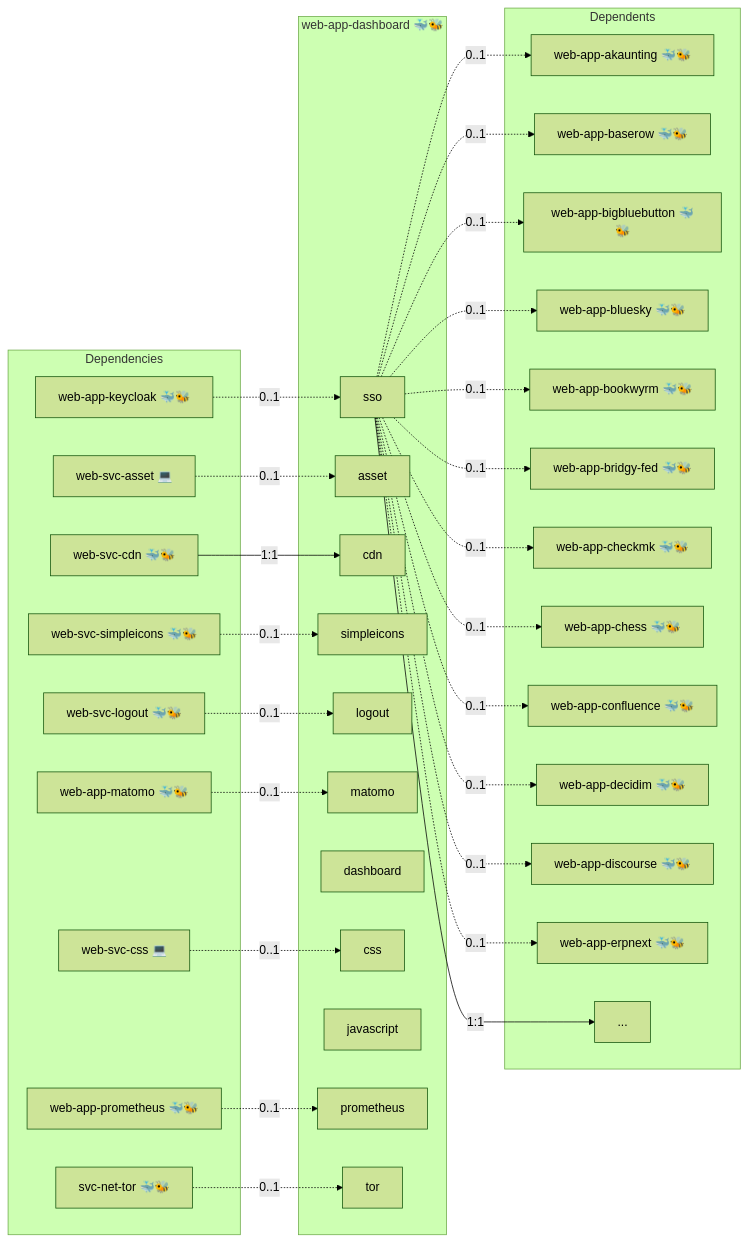
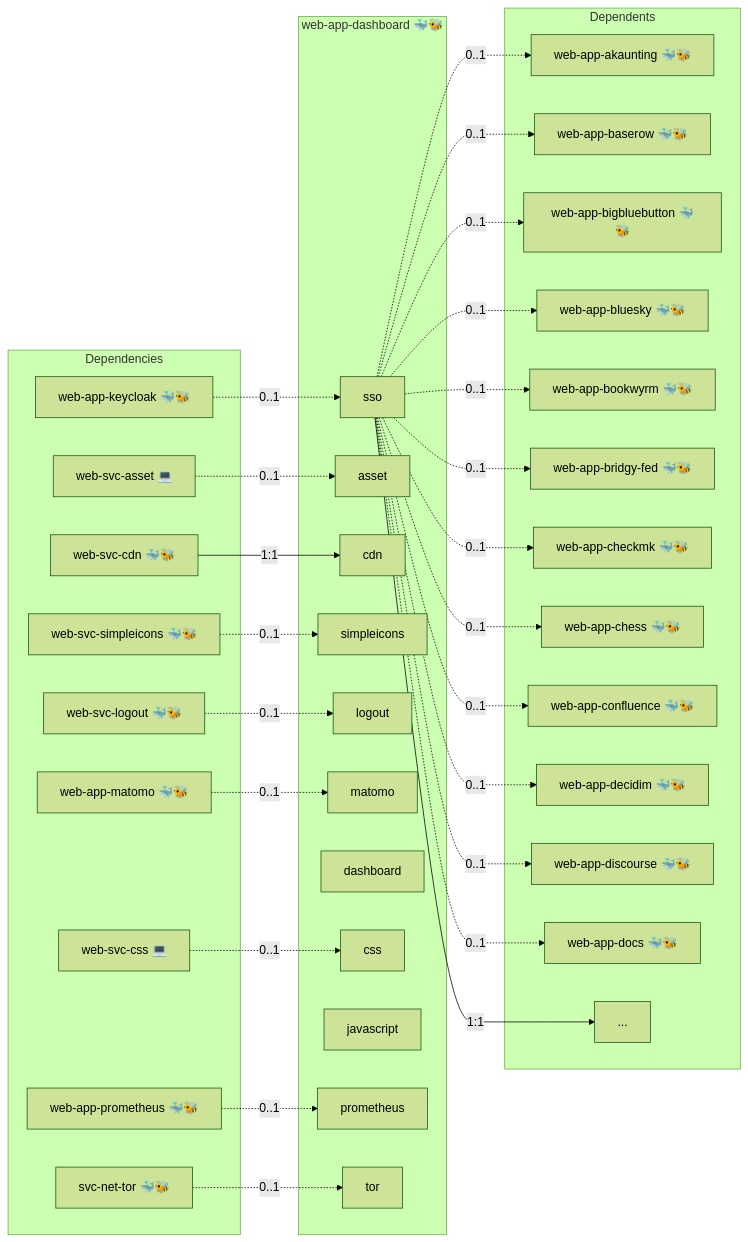
Before and after one commit to infinito-nexus/core: the diagram in roles/web-app-dashboard/README.md, drawn with Mermaid (forest theme). The commit also changed 83 other files, not shown here.

````diff
--- a/roles/web-app-dashboard/README.md
+++ b/roles/web-app-dashboard/README.md
@@ -15,64 +15,64 @@
 ```mermaid
 flowchart LR
     subgraph deps [Dependencies]
         dep_svc_net_tor["svc-net-tor 🐳🐝"]
         dep_web_app_keycloak["web-app-keycloak 🐳🐝"]
         dep_web_app_matomo["web-app-matomo 🐳🐝"]
         dep_web_app_prometheus["web-app-prometheus 🐳🐝"]
         dep_web_svc_asset["web-svc-asset 💻"]
         dep_web_svc_cdn["web-svc-cdn 🐳🐝"]
         dep_web_svc_css["web-svc-css 💻"]
         dep_web_svc_logout["web-svc-logout 🐳🐝"]
         dep_web_svc_simpleicons["web-svc-simpleicons 🐳🐝"]
     end
     subgraph role [web-app-dashboard 🐳🐝]
         svc_sso["sso"]
         svc_asset["asset"]
         svc_cdn["cdn"]
         svc_simpleicons["simpleicons"]
         svc_logout["logout"]
         svc_matomo["matomo"]
         svc_dashboard["dashboard"]
         svc_css["css"]
         svc_javascript["javascript"]
         svc_prometheus["prometheus"]
         svc_tor["tor"]
     end
     subgraph dependents [Dependents]
         dpt_web_app_akaunting["web-app-akaunting 🐳🐝"]
         dpt_web_app_baserow["web-app-baserow 🐳🐝"]
         dpt_web_app_bigbluebutton["web-app-bigbluebutton 🐳🐝"]
         dpt_web_app_bluesky["web-app-bluesky 🐳🐝"]
         dpt_web_app_bookwyrm["web-app-bookwyrm 🐳🐝"]
         dpt_web_app_bridgy_fed["web-app-bridgy-fed 🐳🐝"]
         dpt_web_app_checkmk["web-app-checkmk 🐳🐝"]
         dpt_web_app_chess["web-app-chess 🐳🐝"]
         dpt_web_app_confluence["web-app-confluence 🐳🐝"]
         dpt_web_app_decidim["web-app-decidim 🐳🐝"]
         dpt_web_app_discourse["web-app-discourse 🐳🐝"]
-        dpt_web_app_erpnext["web-app-erpnext 🐳🐝"]
+        dpt_web_app_docs["web-app-docs 🐳🐝"]
         dpt_more["..."]
     end
     dep_svc_net_tor -. "0..1" .-> svc_tor
     dep_web_app_keycloak -. "0..1" .-> svc_sso
     dep_web_app_matomo -. "0..1" .-> svc_matomo
     dep_web_app_prometheus -. "0..1" .-> svc_prometheus
     dep_web_svc_asset -. "0..1" .-> svc_asset
     dep_web_svc_cdn -- "1:1" --> svc_cdn
     dep_web_svc_css -. "0..1" .-> svc_css
     dep_web_svc_logout -. "0..1" .-> svc_logout
     dep_web_svc_simpleicons -. "0..1" .-> svc_simpleicons
     svc_sso -- "1:1" --> dpt_more
     svc_sso -. "0..1" .-> dpt_web_app_akaunting
     svc_sso -. "0..1" .-> dpt_web_app_baserow
     svc_sso -. "0..1" .-> dpt_web_app_bigbluebutton
     svc_sso -. "0..1" .-> dpt_web_app_bluesky
     svc_sso -. "0..1" .-> dpt_web_app_bookwyrm
     svc_sso -. "0..1" .-> dpt_web_app_bridgy_fed
     svc_sso -. "0..1" .-> dpt_web_app_checkmk
     svc_sso -. "0..1" .-> dpt_web_app_chess
     svc_sso -. "0..1" .-> dpt_web_app_confluence
     svc_sso -. "0..1" .-> dpt_web_app_decidim
     svc_sso -. "0..1" .-> dpt_web_app_discourse
-    svc_sso -. "0..1" .-> dpt_web_app_erpnext
+    svc_sso -. "0..1" .-> dpt_web_app_docs
 ```
````
